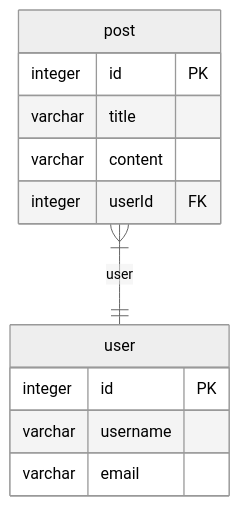
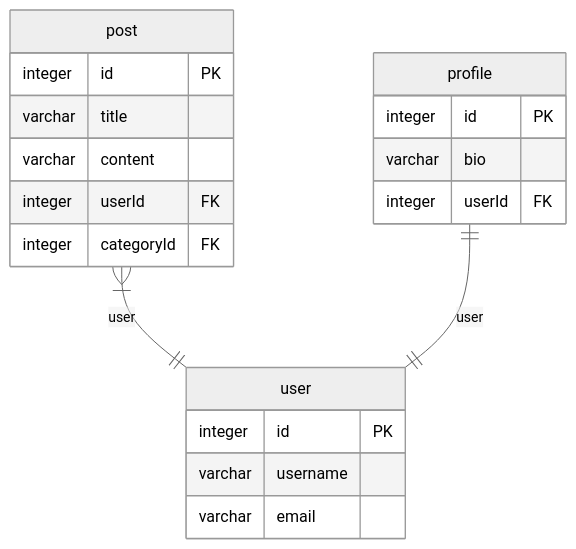
Before and after one commit to hermin9804/typeorm-markdown-generator: the second of 2 diagrams in erd.md, drawn with Mermaid (neutral theme). The commit also changed other lines of this file and 6 other files, not shown here.

````diff
--- a/erd.md
+++ b/erd.md
@@ -56,15 +79,22 @@
 ```mermaid
 erDiagram
   post {
     integer id PK
     varchar title
     varchar content
+    integer userId FK
+    integer categoryId FK
+  }
+  profile {
+    integer id PK
+    varchar bio
     integer userId FK
   }
   user {
     integer id PK
     varchar username
     varchar email
   }
   post }|--|| user: user
+  profile ||--|| user: user
 ```
````
